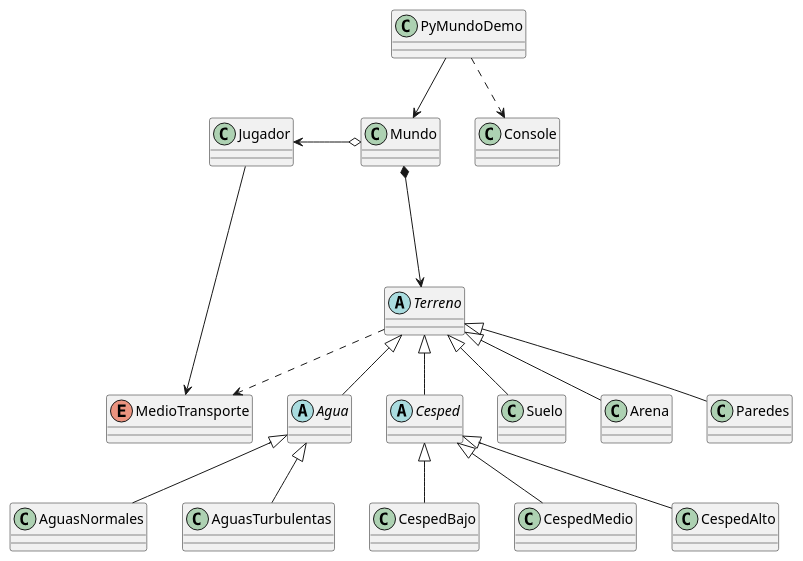
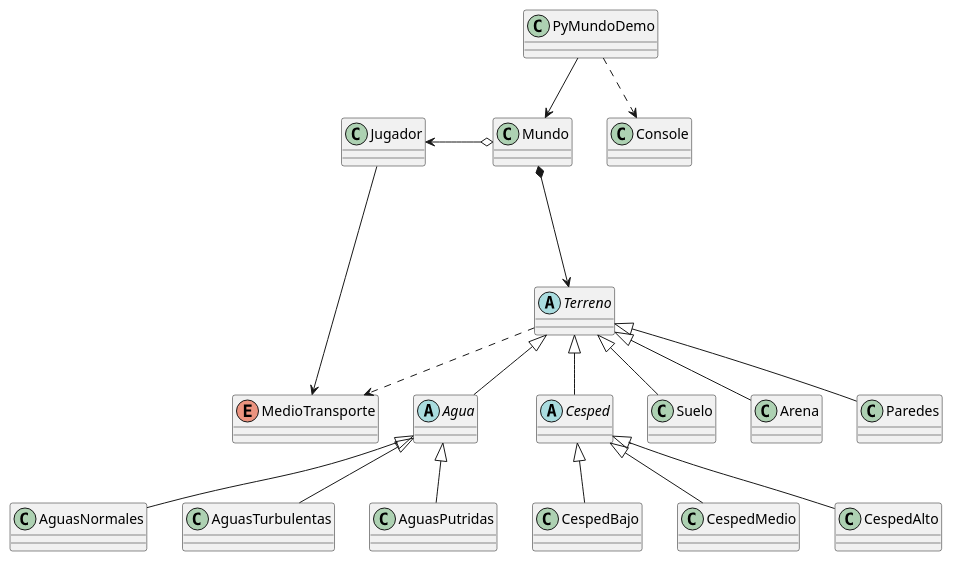
One commit to mmasias/fLiskov changed the diagram in DdC.puml. Above: the diagram before and after it, drawn with PlantUML. The commit also changed 4 other files, not shown here.

```diff
--- a/DdC.puml
+++ b/DdC.puml
@@ -1,30 +1,31 @@
 @startuml
 
 enum MedioTransporte
 
 PyMundoDemo -d-> Mundo 
 PyMundoDemo .d.> Console
 Mundo *--d-> Terreno
 Mundo o-l-> Jugador
 Jugador -r-> MedioTransporte 
 Terreno ..> MedioTransporte
 
 
 abstract Terreno
 abstract Cesped
 abstract Agua
 
 Suelo -u-|> Terreno
 Arena -u-|> Terreno
 Paredes -u-|> Terreno
 Cesped -u-|> Terreno
 Agua -u-|> Terreno
 
 CespedBajo -u-|> Cesped
 CespedMedio -u-|> Cesped
 CespedAlto -u-|> Cesped
 
 AguasNormales -u-|> Agua
 AguasTurbulentas -u-|> Agua
+AguasPutridas -u-|> Agua
 
 @enduml
```
